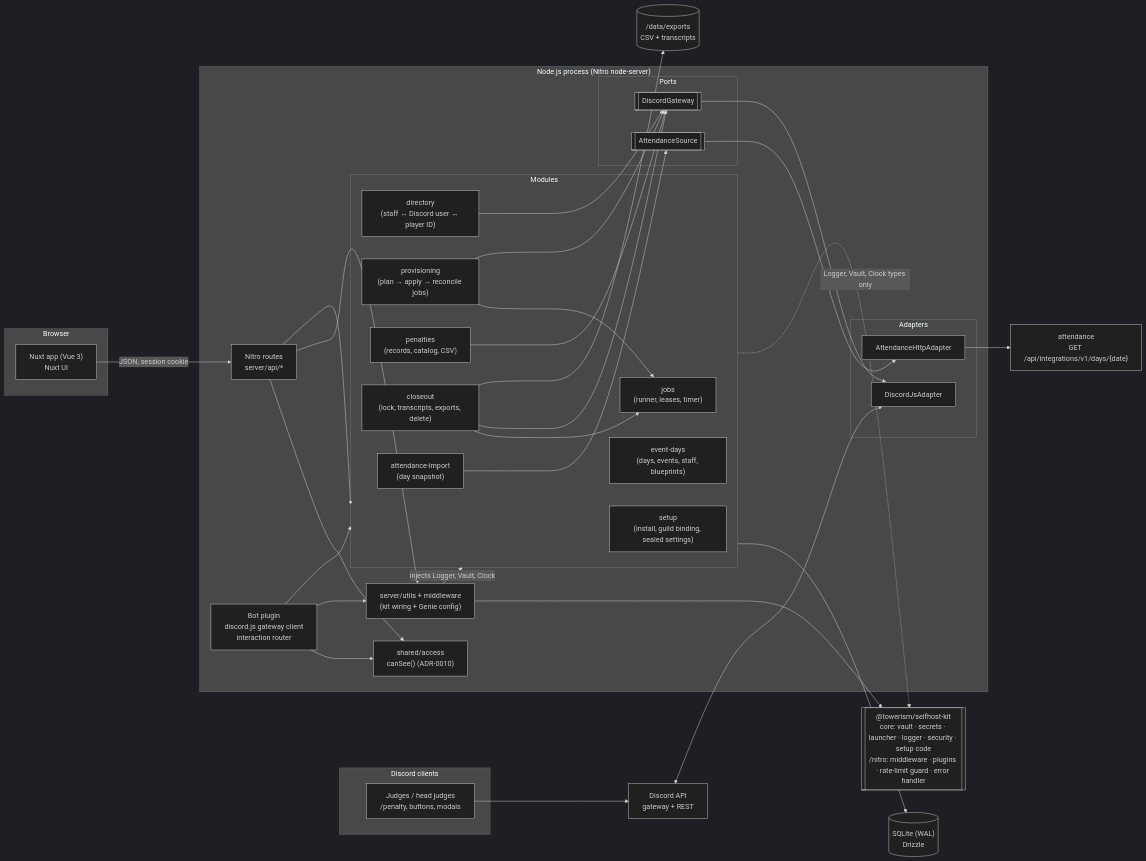
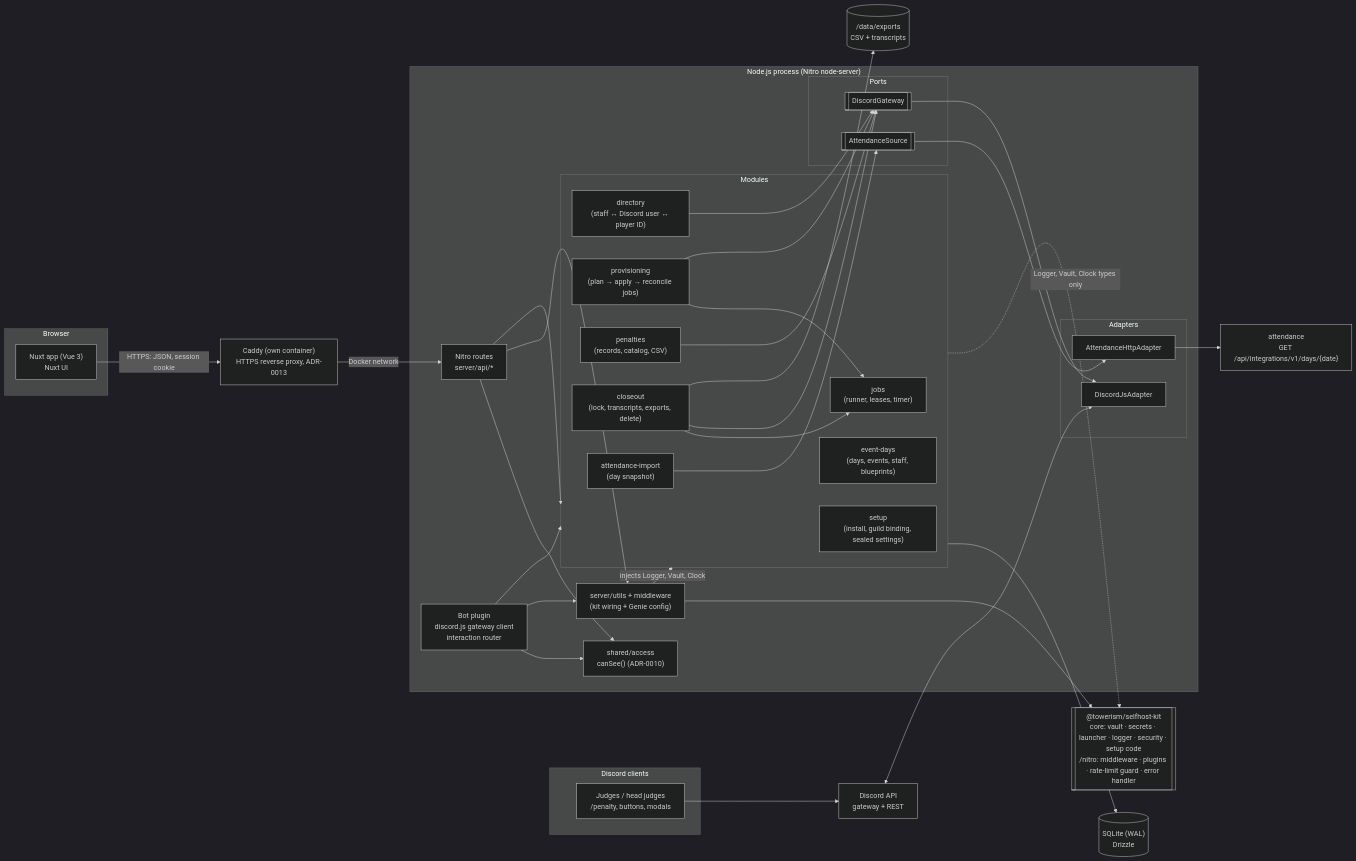
Before and after one commit to Towerism/discord-pokemon-tournament-genie: the first of 4 diagrams in docs/architecture/README.md, drawn with Mermaid (dark theme). The commit also changed other lines of this file and 10 other files, not shown here.

````diff
--- a/docs/architecture/README.md
+++ b/docs/architecture/README.md
@@ -82,63 +84,65 @@
 ```mermaid
 flowchart LR
   subgraph Browser
     SPA["Nuxt app (Vue 3)<br/>Nuxt UI"]
   end
+  CADDY["Caddy (own container)<br/>HTTPS reverse proxy, ADR-0013"]
   subgraph DiscordClients["Discord clients"]
     J["Judges / head judges<br/>/penalty, buttons, modals"]
   end
 
   subgraph Server["Node.js process (Nitro node-server)"]
     API["Nitro routes<br/>server/api/*"]
     BOT["Bot plugin<br/>discord.js gateway client<br/>interaction router"]
     subgraph Modules
       SETUP["setup<br/>(install, guild binding, sealed settings)"]
       DIR["directory<br/>(staff ↔ Discord user ↔ player ID)"]
       DAYS["event-days<br/>(days, events, staff, blueprints)"]
       PROV["provisioning<br/>(plan → apply → reconcile jobs)"]
       PEN["penalties<br/>(records, catalog, CSV)"]
       CLOSE["closeout<br/>(lock, transcripts, exports, delete)"]
       IMP["attendance-import<br/>(day snapshot)"]
       JOBS["jobs<br/>(runner, leases, timer)"]
     end
     ACC["shared/access<br/>canSee() (ADR-0010)"]
     WIRE["server/utils + middleware<br/>(kit wiring + Genie config)"]
     subgraph Ports
       DG[["DiscordGateway"]]
       AS[["AttendanceSource"]]
     end
     subgraph Adapters
       DJS["DiscordJsAdapter"]
       AHTTP["AttendanceHttpAdapter"]
     end
   end
 
   KIT[["@towerism/selfhost-kit<br/>core: vault · secrets · launcher · logger · security · setup code<br/>/nitro: middleware · plugins · rate-limit guard · error handler"]]
   DB[("SQLite (WAL)<br/>Drizzle")]
   FS[("/data/exports<br/>CSV + transcripts")]
   DISCORD["Discord API<br/>gateway + REST"]
   ATT["attendance<br/>GET /api/integrations/v1/days/{date}"]
 
-  SPA -- "JSON, session cookie" --> API
+  SPA -- "HTTPS: JSON, session cookie" --> CADDY
+  CADDY -- "Docker network" --> API
   J --> DISCORD
   DISCORD <--> DJS
   BOT --> Modules
   API --> Modules
   BOT --> ACC
   API --> ACC
   PROV --> JOBS
   CLOSE --> JOBS
   PROV --> DG
   CLOSE --> DG
   PEN --> DG
   DIR --> DG
   IMP --> AS --> AHTTP --> ATT
   DG --> DJS
   Modules --> DB
   CLOSE --> FS
   API --> WIRE
   BOT --> WIRE
   WIRE --> KIT
   WIRE -- "injects Logger, Vault, Clock" --> Modules
   Modules -. "Logger, Vault, Clock types only" .-> KIT
 ```
````
